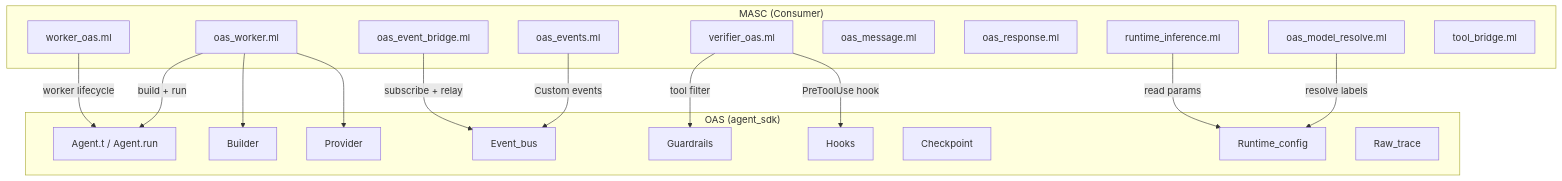
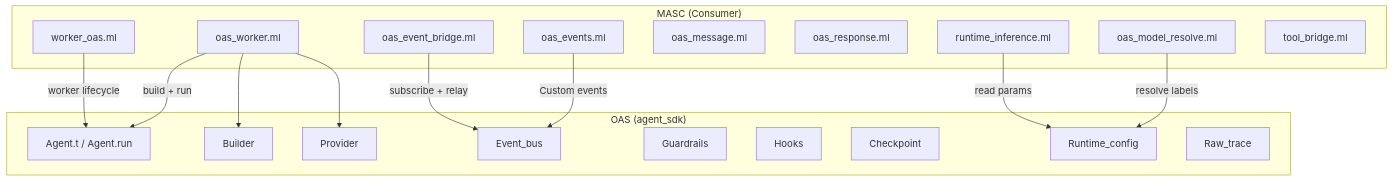
The diagram in docs/spec/13-oas-integration.md (jeong-sik/masc), drawn with Mermaid before and after one commit. The commit also changed other lines of this file and 26 other files, not shown here.

````diff
--- a/docs/spec/13-oas-integration.md
+++ b/docs/spec/13-oas-integration.md
@@ -53,36 +52,33 @@
 ```mermaid
 graph TB
   subgraph "MASC (Consumer)"
     OW[oas_worker.ml]
     WO[worker_oas.ml]
-    VO[verifier_oas.ml]
     OE[oas_events.ml]
     OSB[oas_event_bridge.ml]
     OM[oas_message.ml]
     OR[oas_response.ml]
     OMR[oas_model_resolve.ml]
     CI[runtime_inference.ml]
     TB[tool_bridge.ml]
   end
   subgraph "OAS (agent_sdk)"
     AG[Agent.t / Agent.run]
     BU[Builder]
     PR[Provider]
     EB[Event_bus]
     GR[Guardrails]
     HK[Hooks]
     CK[Checkpoint]
     CC2[Runtime_config]
     RT[Raw_trace]
   end
   OW -->|"build + run"| AG
   OW --> BU
   OW --> PR
   WO -->|"worker lifecycle"| AG
-  VO -->|"PreToolUse hook"| HK
-  VO -->|"tool filter"| GR
   OE -->|"Custom events"| EB
   OSB -->|"subscribe + relay"| EB
   OMR -->|"resolve labels"| CC2
   CI -->|"read params"| CC2
 ```
````
